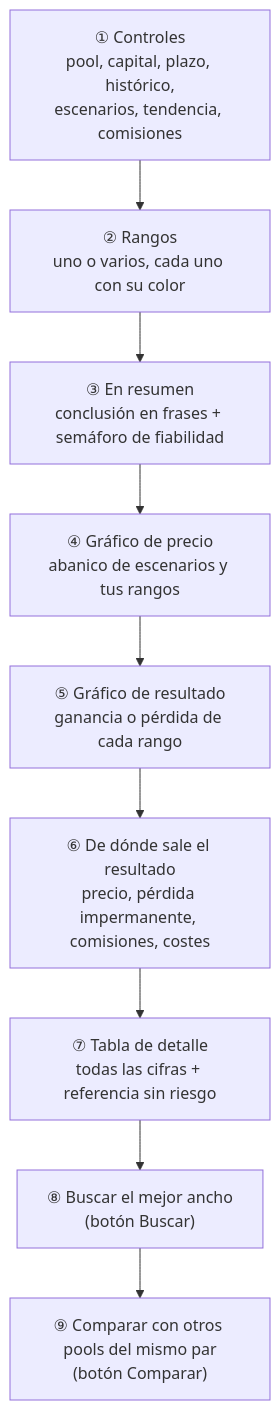
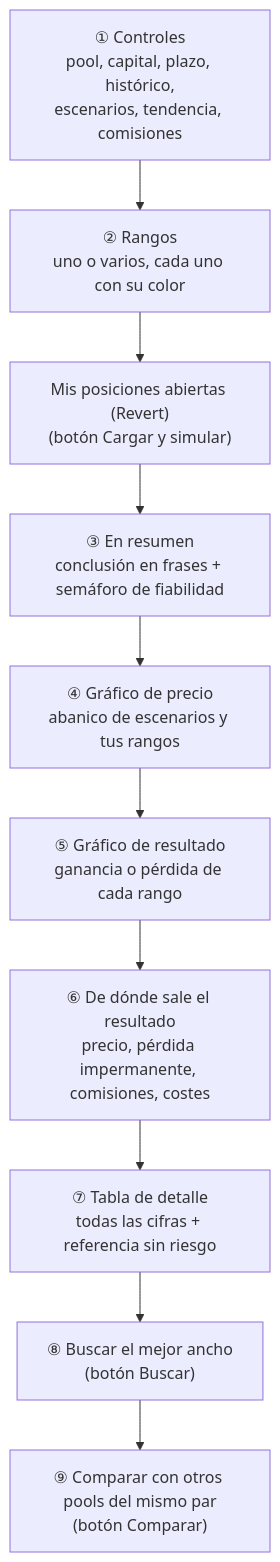
One commit to Caiico1/etapas-weinstein changed the first of 7 diagrams in Guia Simulador.md. Above: the diagram before and after it, drawn with Mermaid. The commit also changed other lines of this file and 6 other files, not shown here.

First line of the commit message:
Simulador: mis posiciones abiertas de Revert, simuladas desde hoy

````diff
--- a/Guia Simulador.md
+++ b/Guia Simulador.md
@@ -56,11 +57,12 @@
 ```mermaid
 flowchart TB
     A["① Controles<br/>pool, capital, plazo, histórico,<br/>escenarios, tendencia, comisiones"] --> B["② Rangos<br/>uno o varios, cada uno con su color"]
-    B --> R["③ En resumen<br/>conclusión en frases + semáforo de fiabilidad"]
+    B --> M["Mis posiciones abiertas (Revert)<br/>(botón Cargar y simular)"]
+    M --> R["③ En resumen<br/>conclusión en frases + semáforo de fiabilidad"]
     R --> C["④ Gráfico de precio<br/>abanico de escenarios y tus rangos"]
     C --> D["⑤ Gráfico de resultado<br/>ganancia o pérdida de cada rango"]
     D --> G["⑥ De dónde sale el resultado<br/>precio, pérdida impermanente, comisiones, costes"]
     G --> E["⑦ Tabla de detalle<br/>todas las cifras + referencia sin riesgo"]
     E --> O["⑧ Buscar el mejor ancho<br/>(botón Buscar)"]
     O --> P["⑨ Comparar con otros pools del mismo par<br/>(botón Comparar)"]
 ```
````
